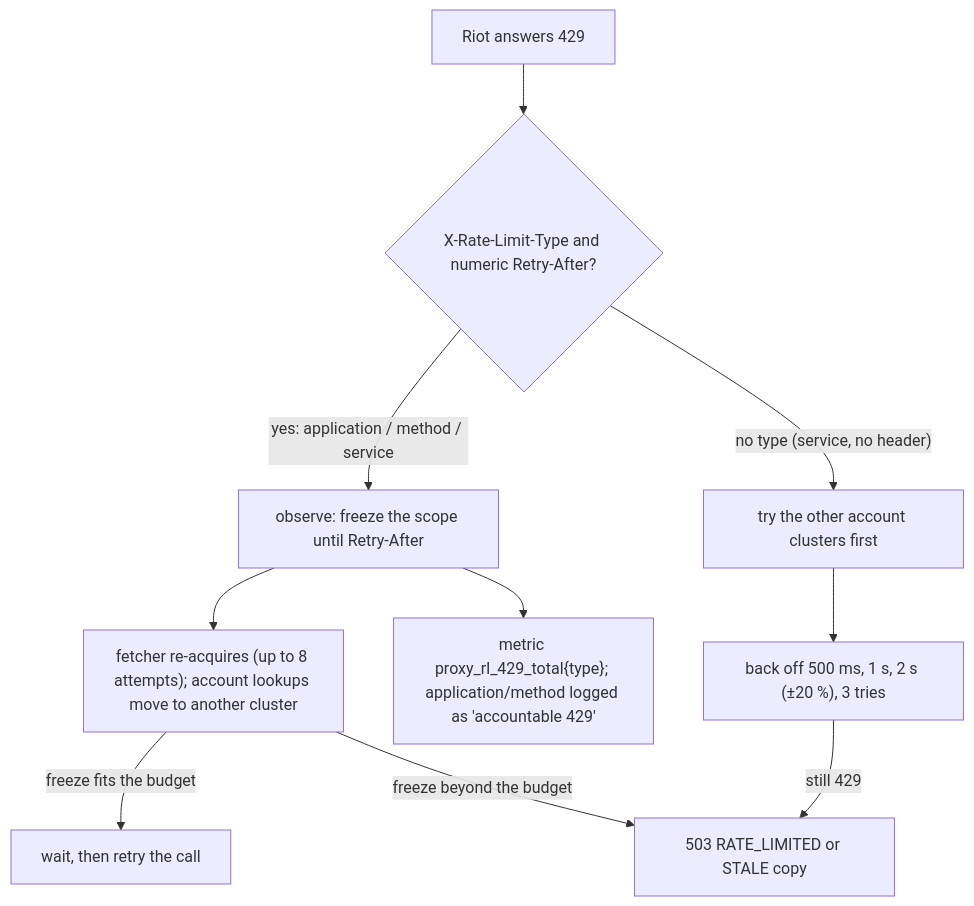
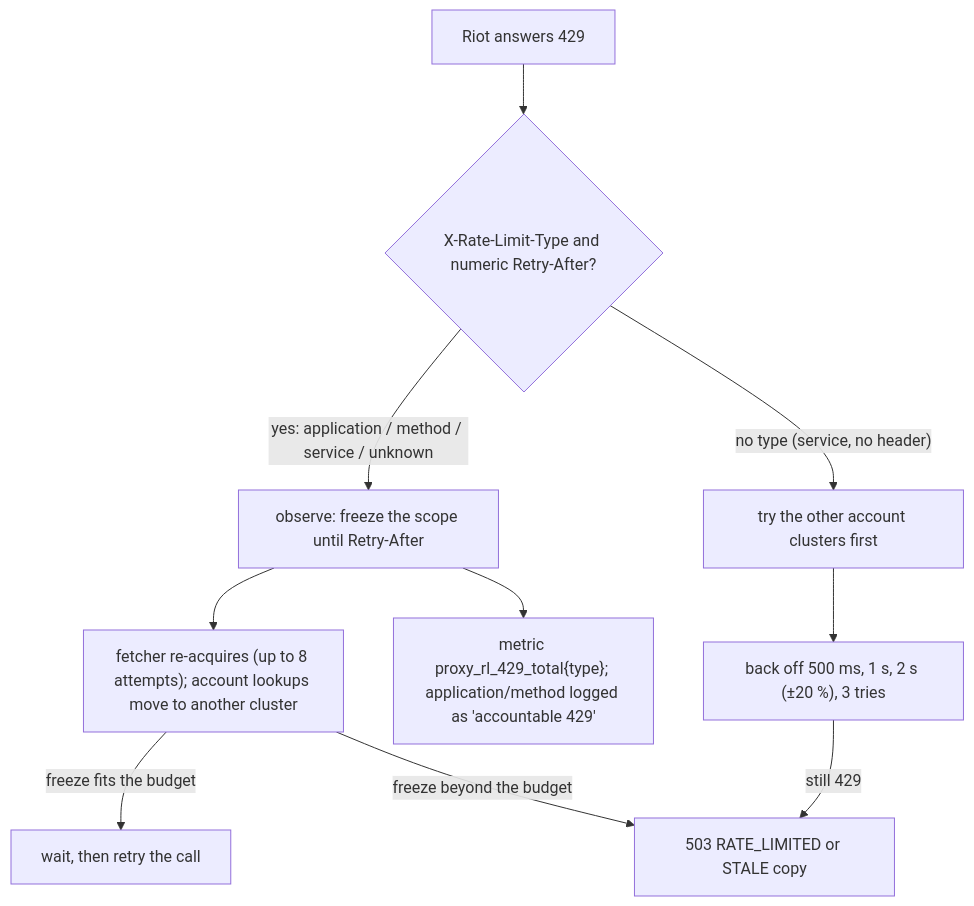
Before and after one commit to NinjaGoldfinch/riot-proxy: the third of 3 diagrams in docs/architecture/concurrency-and-rate-limiting.md, drawn with Mermaid. The commit also changed other lines of this file and 25 other files, not shown here.

````diff
--- a/docs/architecture/concurrency-and-rate-limiting.md
+++ b/docs/architecture/concurrency-and-rate-limiting.md
@@ -72,12 +72,12 @@
 ```mermaid
 flowchart TD
     R["Riot answers 429"] --> T{"X-Rate-Limit-Type and numeric Retry-After?"}
-    T -->|"yes: application / method / service"| F["observe: freeze the scope until Retry-After"]
+    T -->|"yes: application / method / service / unknown"| F["observe: freeze the scope until Retry-After"]
     F --> A["fetcher re-acquires (up to 8 attempts); account lookups move to another cluster"]
     A -->|"freeze fits the budget"| W["wait, then retry the call"]
     A -->|"freeze beyond the budget"| S["503 RATE_LIMITED or STALE copy"]
     T -->|"no type (service, no header)"| C["try the other account clusters first"]
     C --> B["back off 500 ms, 1 s, 2 s (±20 %), 3 tries"]
     B -->|"still 429"| S
     F --> M["metric proxy_rl_429_total{type}; application/method logged as 'accountable 429'"]
 ```
````
